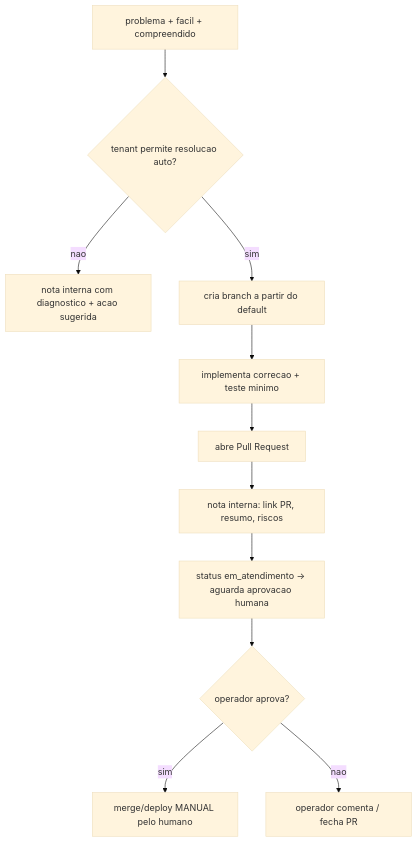
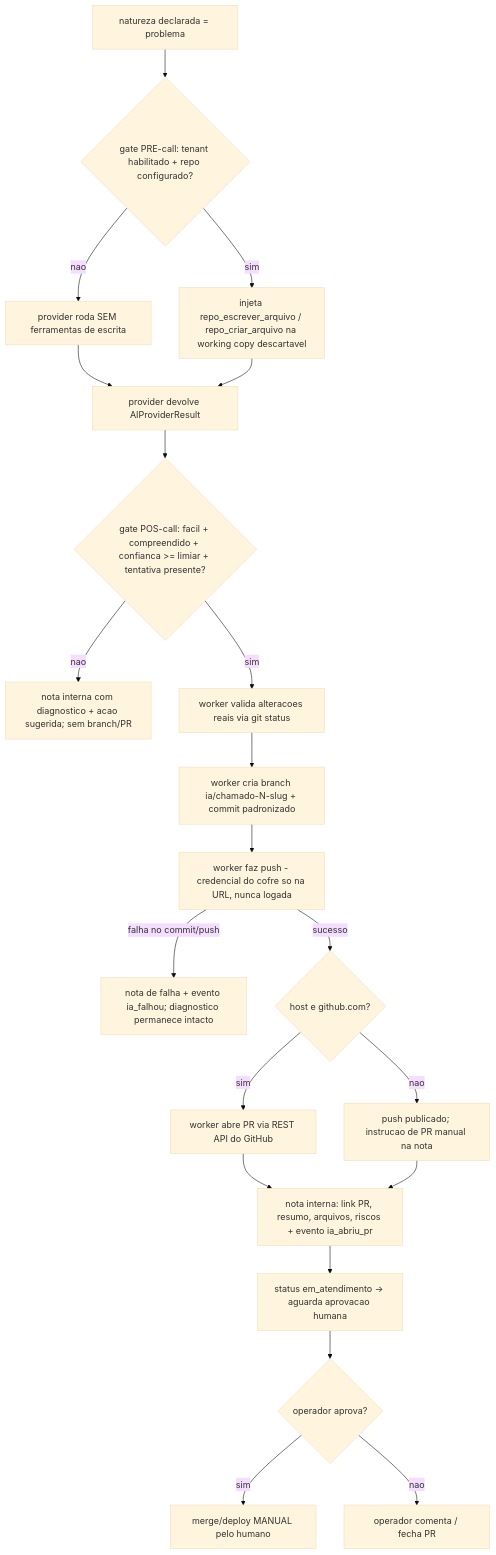
One commit to isaqueks/chamados changed the second of 2 diagrams in specs/05-agente-ia.md. Above: the diagram before and after it, drawn with Mermaid (base theme). The commit also changed other lines of this file and 61 other files, not shown here.

````diff
--- a/specs/05-agente-ia.md
+++ b/specs/05-agente-ia.md
@@ -201,13 +201,23 @@
 ```mermaid
 flowchart TD
-    A[problema + facil + compreendido] --> B{tenant permite resolucao auto?}
-    B -- nao --> Z[nota interna com diagnostico + acao sugerida]
-    B -- sim --> C[cria branch a partir do default]
-    C --> D[implementa correcao + teste minimo]
-    D --> E[abre Pull Request]
-    E --> F[nota interna: link PR, resumo, riscos]
-    F --> G[status em_atendimento -> aguarda aprovacao humana]
-    G --> H{operador aprova?}
-    H -- sim --> I[merge/deploy MANUAL pelo humano]
-    H -- nao --> J[operador comenta / fecha PR]
+    A[natureza declarada = problema] --> B{gate PRE-call: tenant habilitado + repo configurado?}
+    B -- nao --> C[provider roda SEM ferramentas de escrita]
+    B -- sim --> D[injeta repo_escrever_arquivo / repo_criar_arquivo na working copy descartavel]
+    C --> E[provider devolve AIProviderResult]
+    D --> E
+    E --> F{gate POS-call: facil + compreendido + confianca >= limiar + tentativa presente?}
+    F -- nao --> Z[nota interna com diagnostico + acao sugerida; sem branch/PR]
+    F -- sim --> G[worker valida alteracoes reais via git status]
+    G --> H[worker cria branch ia/chamado-N-slug + commit padronizado]
+    H --> I[worker faz push - credencial do cofre so na URL, nunca logada]
+    I -- falha no commit/push --> Y[nota de falha + evento ia_falhou; diagnostico permanece intacto]
+    I -- sucesso --> J{host e github.com?}
+    J -- sim --> K[worker abre PR via REST API do GitHub]
+    J -- nao --> L[push publicado; instrucao de PR manual na nota]
+    K --> M[nota interna: link PR, resumo, arquivos, riscos + evento ia_abriu_pr]
+    L --> M
+    M --> N[status em_atendimento -> aguarda aprovacao humana]
+    N --> O{operador aprova?}
+    O -- sim --> P[merge/deploy MANUAL pelo humano]
+    O -- nao --> Q[operador comenta / fecha PR]
 ```
````
